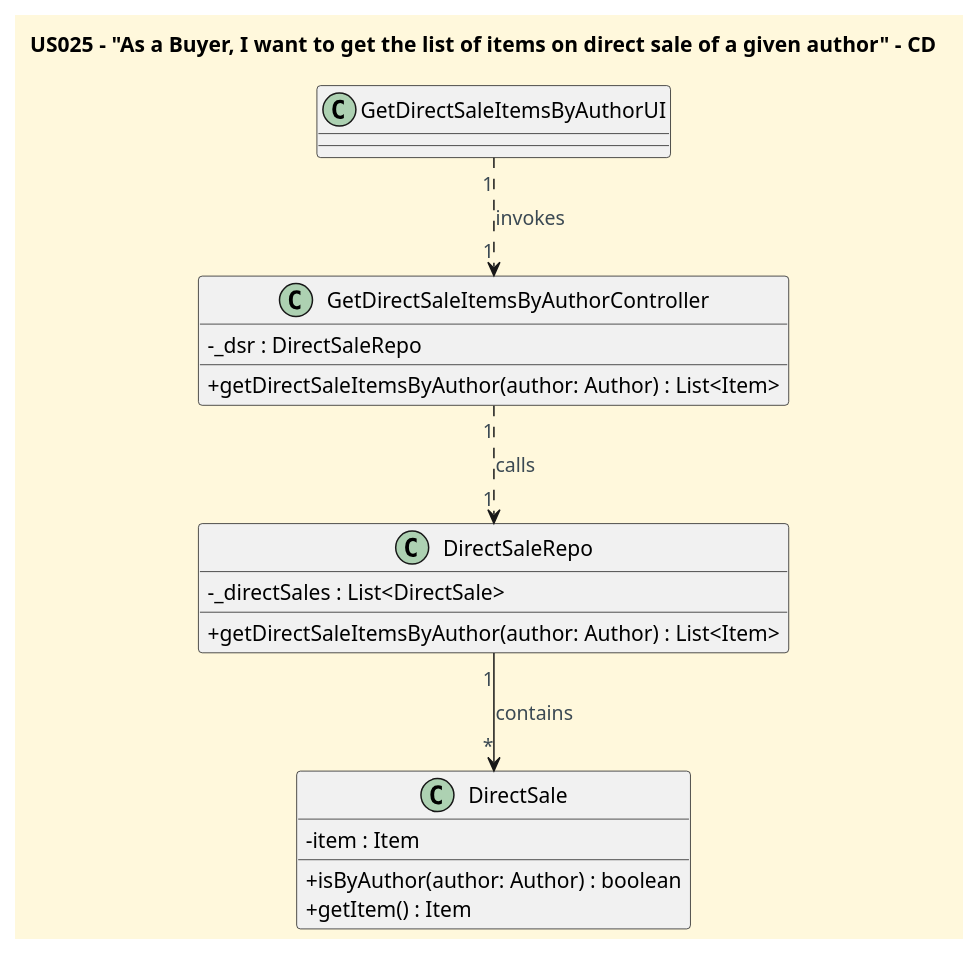
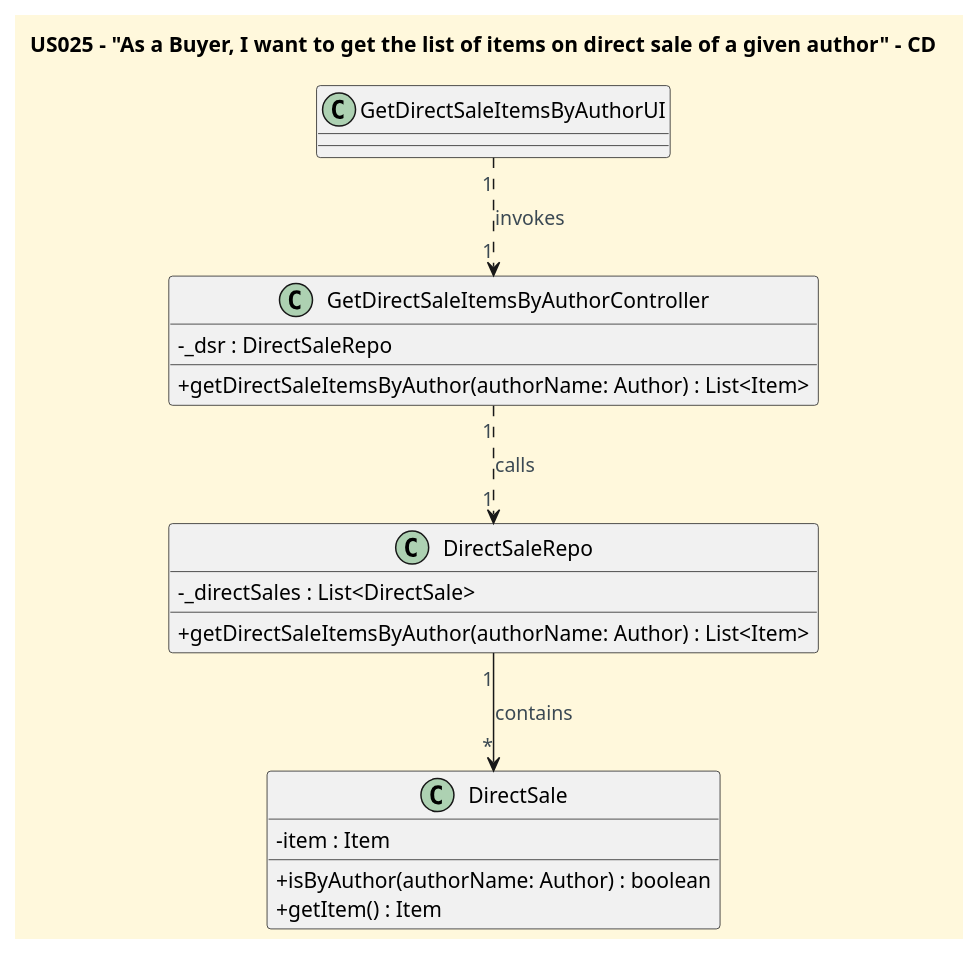
One commit to CarolinaLeite-collab/JavaMarketplacePlatform changed the diagram in docs/userStories/US025/US025_get_list_of_items_on_direct_sale_of_given_author_CD_1.puml. Above: the diagram before and after it, drawn with PlantUML. The commit also changed 4 other files, not shown here.

Commit message:
#112 - Small fixes to sequence diagrams, design solution to implement tell don't ask in US025

```diff
--- a/docs/userStories/US025/US025_get_list_of_items_on_direct_sale_of_given_author_CD_1.puml
+++ b/docs/userStories/US025/US025_get_list_of_items_on_direct_sale_of_given_author_CD_1.puml
@@ -1,46 +1,46 @@
 @startuml
 'https://plantuml.com/class-diagram
 title US025 – "As a Buyer, I want to get the list of items on direct sale of a given author" - CD
 
 
 '==== basic style ====
 skinparam monochrome false
 skinparam shadowing false
 skinparam defaultFontName Futura
 skinparam objectFontSize 20
 skinparam backgroundColor CornSilk
 skinparam objectBackgroundColor WhiteSmoke
 skinparam noteBackgroundColor #FFFFE0
 skinparam ArrowFontColor #3B4953
 skinparam ActivationBackgroundColor black
 skinparam classAttributeIconSize 0
 
 class GetDirectSaleItemsByAuthorUI {
 
 }
 
 class GetDirectSaleItemsByAuthorController {
 
 - _dsr : DirectSaleRepo
-+ getDirectSaleItemsByAuthor(author: Author) : List<Item>
++ getDirectSaleItemsByAuthor(authorName: Author) : List<Item>
 }
 
 class DirectSaleRepo {
 
 - _directSales : List<DirectSale>
-+getDirectSaleItemsByAuthor(author: Author) : List<Item>
++getDirectSaleItemsByAuthor(authorName: Author) : List<Item>
 
 }
 
 class DirectSale {
 -item : Item
-+isByAuthor(author: Author) : boolean
++isByAuthor(authorName: Author) : boolean
 +getItem() : Item
 
 }
 
 GetDirectSaleItemsByAuthorUI "1" ..> "1" GetDirectSaleItemsByAuthorController : invokes
 GetDirectSaleItemsByAuthorController "1" ..> "1" DirectSaleRepo : calls
 DirectSaleRepo "1" --> "*" DirectSale : contains
 
 @enduml
```
